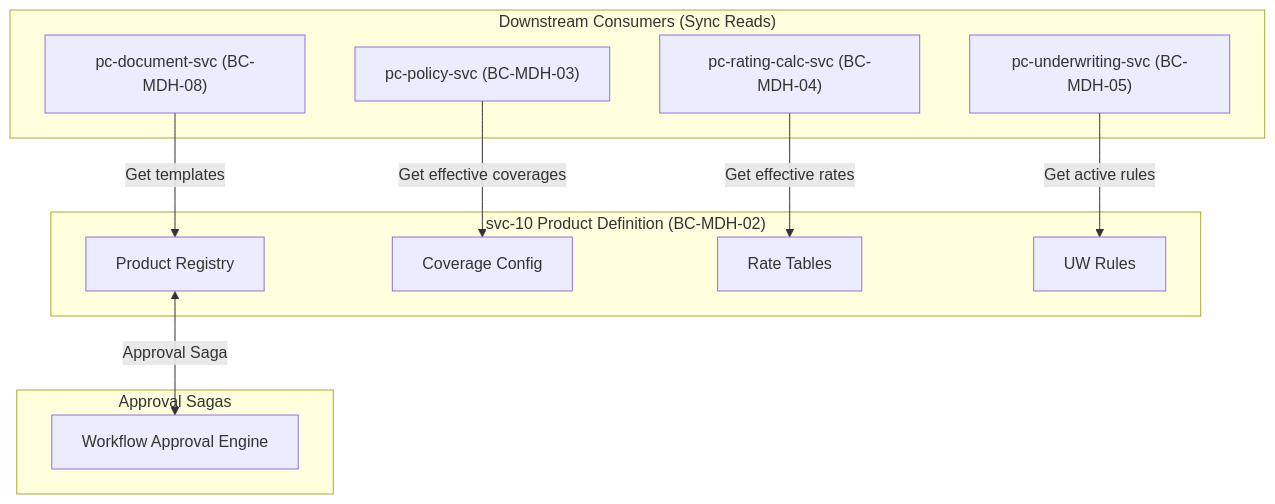
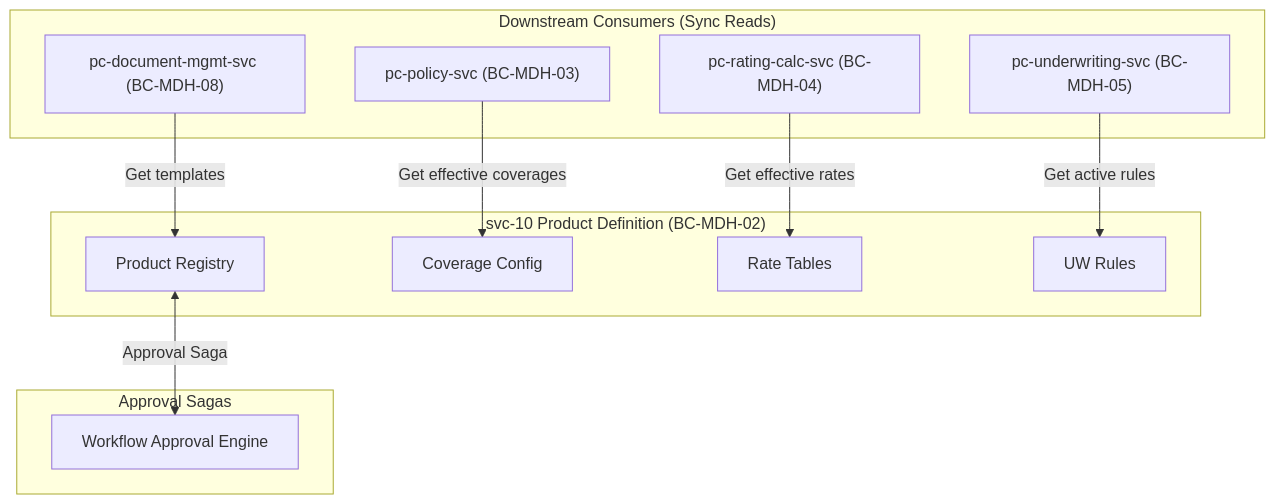
Before and after one commit to InnoSure-Platform/medhen-prototype: the diagram in services/pc-product-defn-svc/docs/product-definition-spec-v1.md, drawn with Mermaid. The commit also changed other lines of this file and 236 other files, not shown here.

````diff
--- a/services/pc-product-defn-svc/docs/product-definition-spec-v1.md
+++ b/services/pc-product-defn-svc/docs/product-definition-spec-v1.md
@@ -124,26 +124,26 @@
 ```mermaid
 flowchart TB
     subgraph Core["svc-10 Product Definition (BC-MDH-02)"]
         PROD["Product Registry"]
         COV["Coverage Config"]
         RATES["Rate Tables"]
         UWR["UW Rules"]
     end
 
     subgraph Consumers["Downstream Consumers (Sync Reads)"]
         POL["pc-policy-svc (BC-MDH-03)"]
         RAT["pc-rating-calc-svc (BC-MDH-04)"]
         UWE["pc-underwriting-svc (BC-MDH-05)"]
-        DOC["pc-document-svc (BC-MDH-08)"]
+        DOC["pc-document-mgmt-svc (BC-MDH-08)"]
     end
 
     subgraph Workflow["Approval Sagas"]
         WFA["Workflow Approval Engine"]
     end
 
     POL -->|Get effective coverages| COV
     RAT -->|Get effective rates| RATES
     UWE -->|Get active rules| UWR
     DOC -->|Get templates| PROD
     PROD <-->|Approval Saga| WFA
 ```
````
